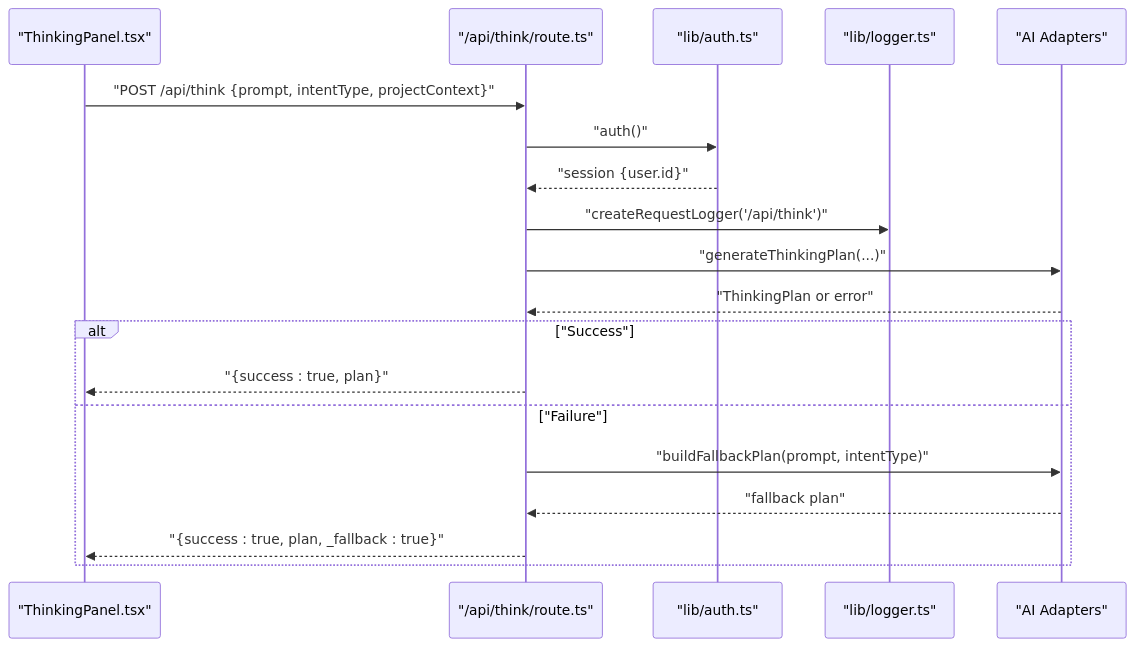
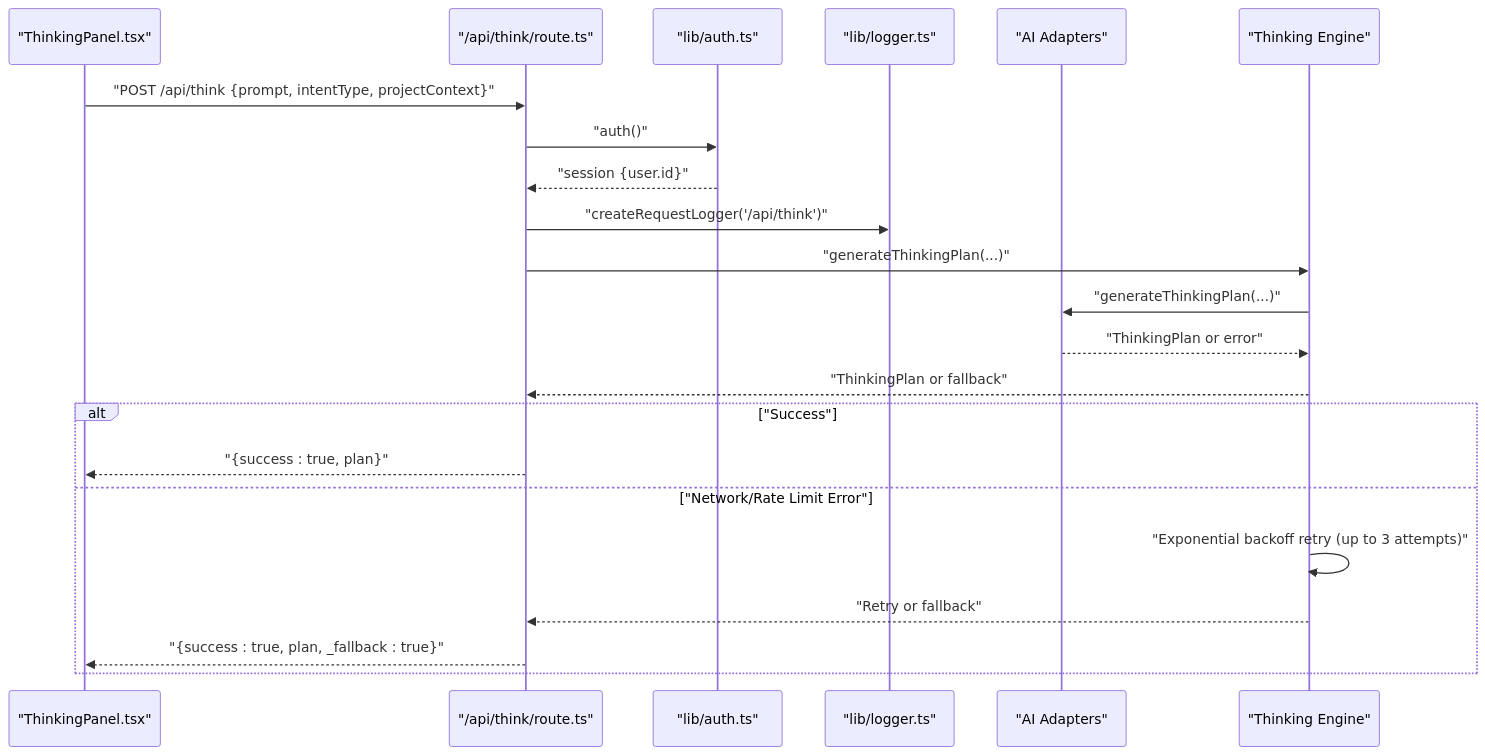
The second of 7 diagrams in .qoder/repowiki/en/content/Thinking Engine.md (shekhargiri005-dotcom/AI-powered-accessibility-first-UI-engine), drawn with Mermaid before and after one commit. The commit also changed other lines of this file and 71 other files, not shown here.

````diff
--- a/.qoder/repowiki/en/content/Thinking Engine.md
+++ b/.qoder/repowiki/en/content/Thinking Engine.md
@@ -106,21 +128,24 @@
 ```mermaid
 sequenceDiagram
 participant UI as "ThinkingPanel.tsx"
 participant API as "/api/think/route.ts"
 participant AUTH as "lib/auth.ts"
 participant LOG as "lib/logger.ts"
 participant ADAPT as "AI Adapters"
+participant PLAN as "Thinking Engine"
 UI->>API : "POST /api/think {prompt, intentType, projectContext}"
 API->>AUTH : "auth()"
 AUTH-->>API : "session {user.id}"
 API->>LOG : "createRequestLogger('/api/think')"
-API->>ADAPT : "generateThinkingPlan(...)"
-ADAPT-->>API : "ThinkingPlan or error"
+API->>PLAN : "generateThinkingPlan(...)"
+PLAN->>ADAPT : "generateThinkingPlan(...)"
+ADAPT-->>PLAN : "ThinkingPlan or error"
+PLAN-->>API : "ThinkingPlan or fallback"
 alt "Success"
 API-->>UI : "{success : true, plan}"
-else "Failure"
-API->>ADAPT : "buildFallbackPlan(prompt, intentType)"
-ADAPT-->>API : "fallback plan"
+else "Network/Rate Limit Error"
+PLAN->>PLAN : "Exponential backoff retry (up to 3 attempts)"
+PLAN-->>API : "Retry or fallback"
 API-->>UI : "{success : true, plan, _fallback : true}"
 end
 ```
````
